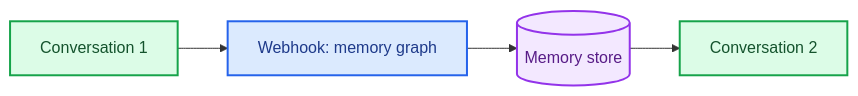
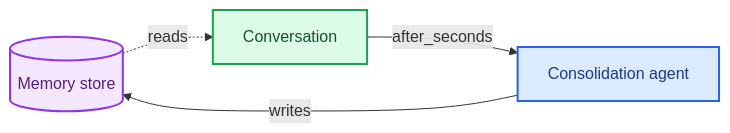
One commit to langchain-ai/docs changed the second of 2 diagrams in src/oss/deepagents/memory.mdx. Above: the diagram before and after it, drawn with Mermaid. The commit also changed other lines of this file, not shown here.

````diff
--- a/src/oss/deepagents/memory.mdx
+++ b/src/oss/deepagents/memory.mdx
@@ -735,14 +538,14 @@
 ```mermaid
 graph LR
-    Conv1[Conversation 1] --> Webhook[Webhook: memory graph]
-    Webhook --> Store[(Memory store)]
-    Store --> Conv2[Conversation 2]
+    Store[(Memory store)] -.->|reads| Conv[Conversation]
+    Conv -->|after_seconds| Agent[Consolidation agent]
+    Agent -->|writes| Store
 
     classDef trigger fill:#DCFCE7,stroke:#16A34A,stroke-width:2px,color:#14532D
     classDef process fill:#DBEAFE,stroke:#2563EB,stroke-width:2px,color:#1E3A8A
     classDef output fill:#F3E8FF,stroke:#9333EA,stroke-width:2px,color:#581C87
 
-    class Conv1,Conv2 trigger
-    class Webhook process
+    class Conv trigger
+    class Agent process
     class Store output
 ```
````
